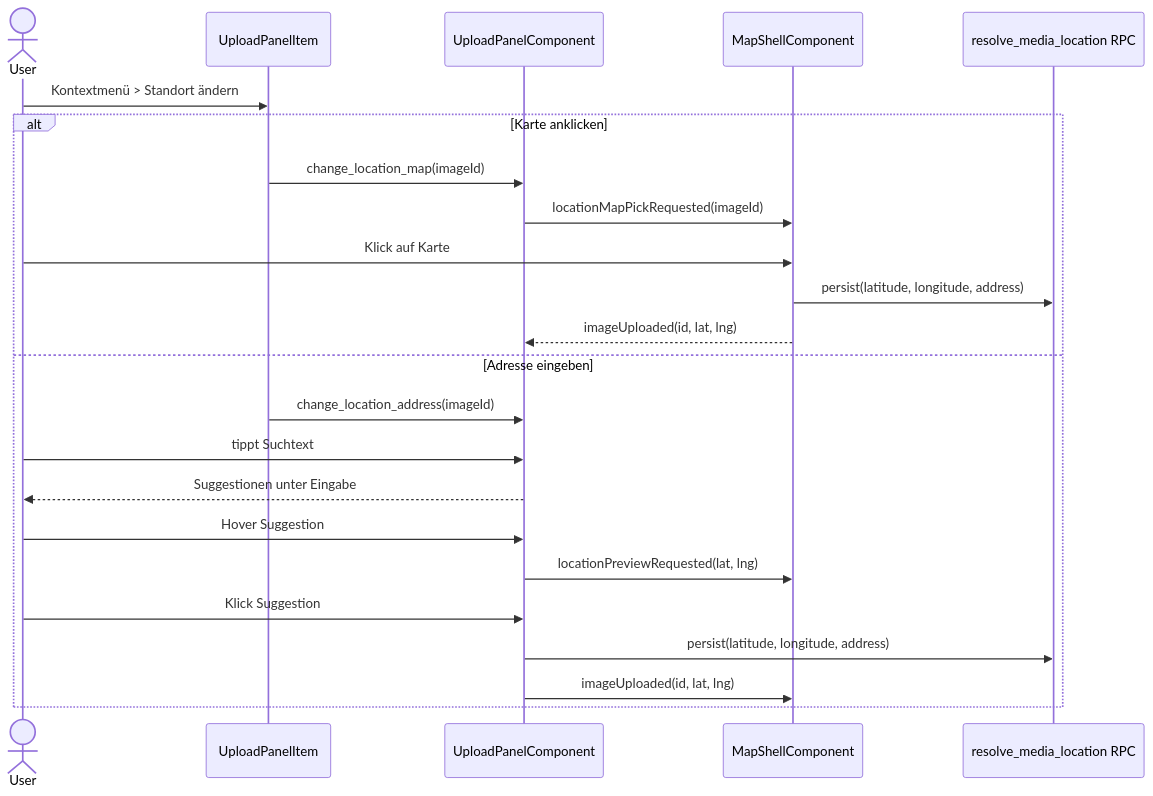
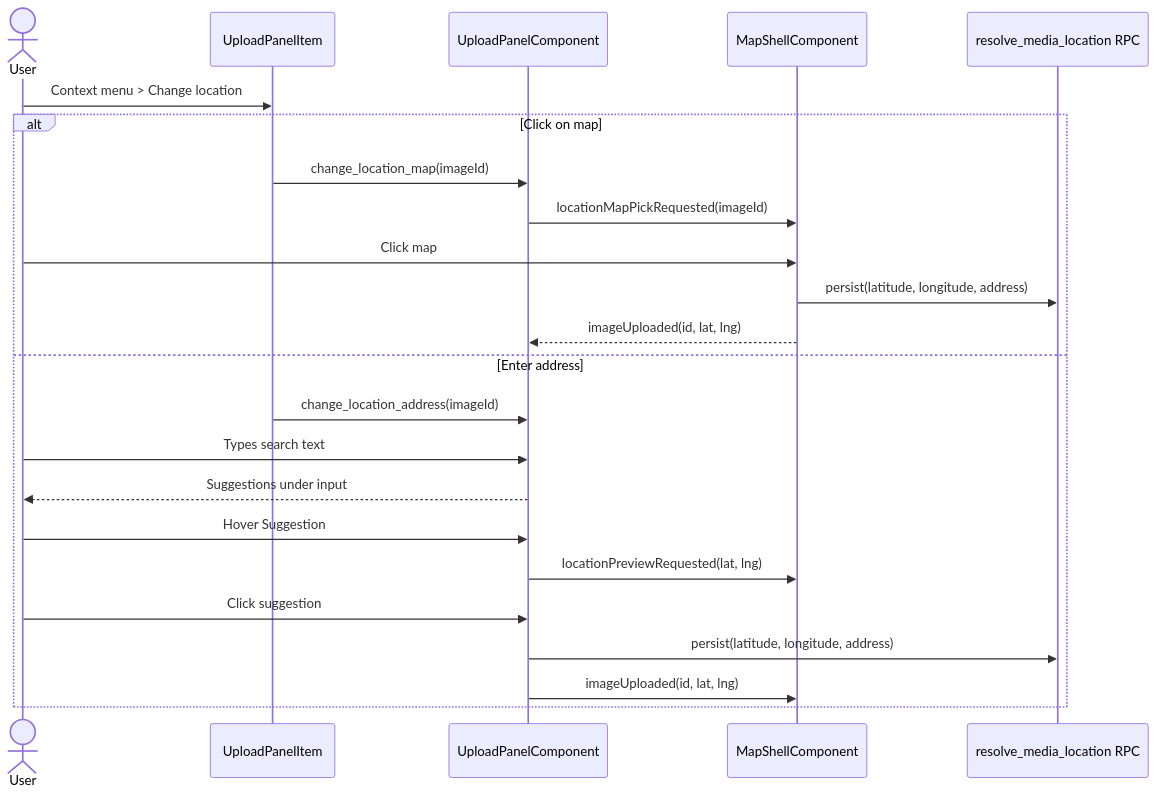
The third of 6 diagrams in docs/element-specs/upload-panel.md (matkleve/feldpost), drawn with Mermaid before and after one commit. The commit also changed other lines of this file and 22 other files, not shown here.

Commit message:
feat(upload): implement location status consistency in RPCs and enhance upload panel with selection features

````diff
--- a/docs/element-specs/upload-panel.md
+++ b/docs/element-specs/upload-panel.md
@@ -146,26 +221,26 @@
 ```mermaid
 sequenceDiagram
   actor User
   participant Row as UploadPanelItem
   participant Panel as UploadPanelComponent
   participant Map as MapShellComponent
   participant DB as resolve_media_location RPC
 
-  User->>Row: Kontextmenü > Standort ändern
-  alt Karte anklicken
+  User->>Row: Context menu > Change location
+  alt Click on map
     Row->>Panel: change_location_map(imageId)
     Panel->>Map: locationMapPickRequested(imageId)
-    User->>Map: Klick auf Karte
+    User->>Map: Click map
     Map->>DB: persist(latitude, longitude, address)
     Map-->>Panel: imageUploaded(id, lat, lng)
-  else Adresse eingeben
+  else Enter address
     Row->>Panel: change_location_address(imageId)
-    User->>Panel: tippt Suchtext
-    Panel-->>User: Suggestionen unter Eingabe
+    User->>Panel: Types search text
+    Panel-->>User: Suggestions under input
     User->>Panel: Hover Suggestion
     Panel->>Map: locationPreviewRequested(lat, lng)
-    User->>Panel: Klick Suggestion
+    User->>Panel: Click suggestion
     Panel->>DB: persist(latitude, longitude, address)
     Panel->>Map: imageUploaded(id, lat, lng)
   end
 ```
````
